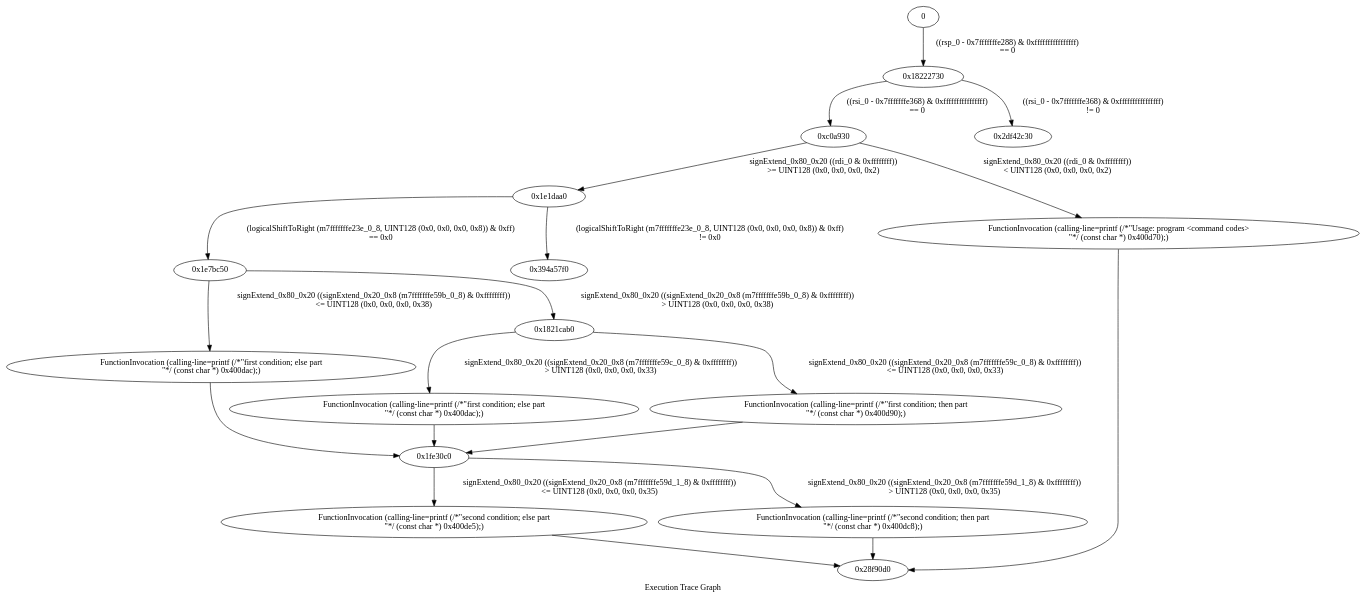
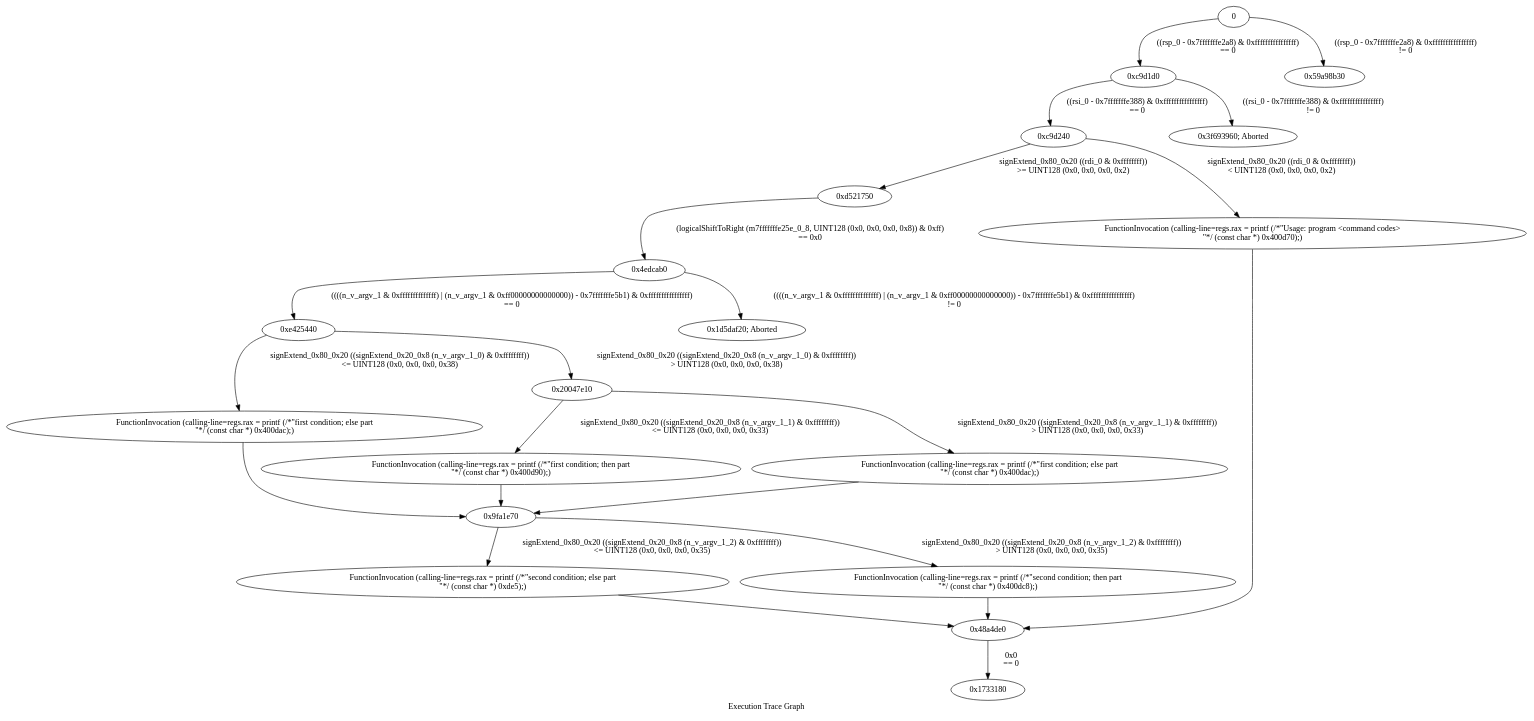
The diagram in cfgs/input1.vo.twin.etg.dot (S4Lab/twinner), drawn with Graphviz before and after one commit. The commit also changed 27 other files, not shown here.

```diff
--- a/cfgs/input1.vo.twin.etg.dot
+++ b/cfgs/input1.vo.twin.etg.dot
@@ -1,52 +1,61 @@
 digraph "Execution Trace Graph" {
 	label="Execution Trace Graph";
 
 	Node0 [label = "0"];
-	Node0xc0a930 [label = "0xc0a930"];
-	Node0x1e1daa0 [label = "0x1e1daa0"];
-	Node0x1e7bc50 [label = "0x1e7bc50"];
-	Node0x1fe30c0 [label = "0x1fe30c0"];
-	Node0x258da40 [label = "FunctionInvocation (calling-line=printf (/*\"second condition; else part\n\"*/ (const char *) 0x400de5);)"];
-	Node0x28f90d0 [label = "0x28f90d0"];
-	Node0x6153a50 [label = "FunctionInvocation (calling-line=printf (/*\"first condition; else part\n\"*/ (const char *) 0x400dac);)"];
-	Node0x61542c0 [label = "FunctionInvocation (calling-line=printf (/*\"second condition; then part\n\"*/ (const char *) 0x400dc8);)"];
-	Node0xa4239c0 [label = "FunctionInvocation (calling-line=printf (/*\"first condition; else part\n\"*/ (const char *) 0x400dac);)"];
-	Node0x1821cab0 [label = "0x1821cab0"];
-	Node0x18222730 [label = "0x18222730"];
-	Node0x279326e0 [label = "FunctionInvocation (calling-line=printf (/*\"first condition; then part\n\"*/ (const char *) 0x400d90);)"];
-	Node0x2df42c30 [label = "0x2df42c30"];
-	Node0x3301f020 [label = "FunctionInvocation (calling-line=printf (/*\"Usage: program <command codes>\n\"*/ (const char *) 0x400d70);)"];
-	Node0x394a57f0 [label = "0x394a57f0"];
-	Node0 -> Node0x18222730 [label = "((rsp_0 - 0x7fffffffe288) & 0xffffffffffffffff)
+	Node0xc9d1d0 [label = "0xc9d1d0"];
+	Node0xc9d240 [label = "0xc9d240"];
+	Node0x1733180 [label = "0x1733180"];
+	Node0x35fb460 [label = "FunctionInvocation (calling-line=regs.rax = printf (/*\"second condition; else part\n\"*/ (const char *) 0xde5);)"];
+	Node0x48a4de0 [label = "0x48a4de0"];
+	Node0x4edcab0 [label = "0x4edcab0"];
+	Node0x997f9d0 [label = "FunctionInvocation (calling-line=regs.rax = printf (/*\"second condition; then part\n\"*/ (const char *) 0x400dc8);)"];
+	Node0x9fa1e70 [label = "0x9fa1e70"];
+	Node0xd521750 [label = "0xd521750"];
+	Node0xe425440 [label = "0xe425440"];
+	Node0x188e3590 [label = "FunctionInvocation (calling-line=regs.rax = printf (/*\"first condition; else part\n\"*/ (const char *) 0x400dac);)"];
+	Node0x1d5daf20 [label = "0x1d5daf20; Aborted"];
+	Node0x20047e10 [label = "0x20047e10"];
+	Node0x3239d4c0 [label = "FunctionInvocation (calling-line=regs.rax = printf (/*\"first condition; then part\n\"*/ (const char *) 0x400d90);)"];
+	Node0x32aa6760 [label = "FunctionInvocation (calling-line=regs.rax = printf (/*\"Usage: program <command codes>\n\"*/ (const char *) 0x400d70);)"];
+	Node0x3f693960 [label = "0x3f693960; Aborted"];
+	Node0x429183e0 [label = "FunctionInvocation (calling-line=regs.rax = printf (/*\"first condition; else part\n\"*/ (const char *) 0x400dac);)"];
+	Node0x59a98b30 [label = "0x59a98b30"];
+	Node0 -> Node0xc9d1d0 [label = "((rsp_0 - 0x7fffffffe2a8) & 0xffffffffffffffff)
 	 == 0"];
-	Node0x18222730 -> Node0xc0a930 [label = "((rsi_0 - 0x7fffffffe368) & 0xffffffffffffffff)
+	Node0 -> Node0x59a98b30 [label = "((rsp_0 - 0x7fffffffe2a8) & 0xffffffffffffffff)
+	 != 0"];
+	Node0xc9d1d0 -> Node0xc9d240 [label = "((rsi_0 - 0x7fffffffe388) & 0xffffffffffffffff)
 	 == 0"];
-	Node0x18222730 -> Node0x2df42c30 [label = "((rsi_0 - 0x7fffffffe368) & 0xffffffffffffffff)
+	Node0xc9d1d0 -> Node0x3f693960 [label = "((rsi_0 - 0x7fffffffe388) & 0xffffffffffffffff)
 	 != 0"];
-	Node0xc0a930 -> Node0x1e1daa0 [label = "signExtend_0x80_0x20 ((rdi_0 & 0xffffffff))
+	Node0xc9d240 -> Node0xd521750 [label = "signExtend_0x80_0x20 ((rdi_0 & 0xffffffff))
 	 >= UINT128 (0x0, 0x0, 0x0, 0x2)"];
-	Node0xc0a930 -> Node0x3301f020 [label = "signExtend_0x80_0x20 ((rdi_0 & 0xffffffff))
+	Node0xc9d240 -> Node0x32aa6760 [label = "signExtend_0x80_0x20 ((rdi_0 & 0xffffffff))
 	 < UINT128 (0x0, 0x0, 0x0, 0x2)"];
-	Node0x3301f020 -> Node0x28f90d0 [label = ""];
-	Node0x1e1daa0 -> Node0x1e7bc50 [label = "(logicalShiftToRight (m7fffffffe23e_0_8, UINT128 (0x0, 0x0, 0x0, 0x8)) & 0xff)
+	Node0x32aa6760 -> Node0x48a4de0 [label = ""];
+	Node0xd521750 -> Node0x4edcab0 [label = "(logicalShiftToRight (m7fffffffe25e_0_8, UINT128 (0x0, 0x0, 0x0, 0x8)) & 0xff)
 	 == 0x0"];
-	Node0x1e1daa0 -> Node0x394a57f0 [label = "(logicalShiftToRight (m7fffffffe23e_0_8, UINT128 (0x0, 0x0, 0x0, 0x8)) & 0xff)
-	 != 0x0"];
-	Node0x1e7bc50 -> Node0x6153a50 [label = "signExtend_0x80_0x20 ((signExtend_0x20_0x8 (m7fffffffe59b_0_8) & 0xffffffff))
+	Node0x48a4de0 -> Node0x1733180 [label = "0x0
+	 == 0"];
+	Node0x4edcab0 -> Node0xe425440 [label = "((((n_v_argv_1 & 0xffffffffffffff) | (n_v_argv_1 & 0xff00000000000000)) - 0x7fffffffe5b1) & 0xffffffffffffffff)
+	 == 0"];
+	Node0x4edcab0 -> Node0x1d5daf20 [label = "((((n_v_argv_1 & 0xffffffffffffff) | (n_v_argv_1 & 0xff00000000000000)) - 0x7fffffffe5b1) & 0xffffffffffffffff)
+	 != 0"];
+	Node0xe425440 -> Node0x188e3590 [label = "signExtend_0x80_0x20 ((signExtend_0x20_0x8 (n_v_argv_1_0) & 0xffffffff))
 	 <= UINT128 (0x0, 0x0, 0x0, 0x38)"];
-	Node0x6153a50 -> Node0x1fe30c0 [label = ""];
-	Node0x1e7bc50 -> Node0x1821cab0 [label = "signExtend_0x80_0x20 ((signExtend_0x20_0x8 (m7fffffffe59b_0_8) & 0xffffffff))
+	Node0x188e3590 -> Node0x9fa1e70 [label = ""];
+	Node0xe425440 -> Node0x20047e10 [label = "signExtend_0x80_0x20 ((signExtend_0x20_0x8 (n_v_argv_1_0) & 0xffffffff))
 	 > UINT128 (0x0, 0x0, 0x0, 0x38)"];
-	Node0x1fe30c0 -> Node0x258da40 [label = "signExtend_0x80_0x20 ((signExtend_0x20_0x8 (m7fffffffe59d_1_8) & 0xffffffff))
+	Node0x9fa1e70 -> Node0x35fb460 [label = "signExtend_0x80_0x20 ((signExtend_0x20_0x8 (n_v_argv_1_2) & 0xffffffff))
 	 <= UINT128 (0x0, 0x0, 0x0, 0x35)"];
-	Node0x258da40 -> Node0x28f90d0 [label = ""];
-	Node0x1fe30c0 -> Node0x61542c0 [label = "signExtend_0x80_0x20 ((signExtend_0x20_0x8 (m7fffffffe59d_1_8) & 0xffffffff))
+	Node0x35fb460 -> Node0x48a4de0 [label = ""];
+	Node0x9fa1e70 -> Node0x997f9d0 [label = "signExtend_0x80_0x20 ((signExtend_0x20_0x8 (n_v_argv_1_2) & 0xffffffff))
 	 > UINT128 (0x0, 0x0, 0x0, 0x35)"];
-	Node0x61542c0 -> Node0x28f90d0 [label = ""];
-	Node0x1821cab0 -> Node0xa4239c0 [label = "signExtend_0x80_0x20 ((signExtend_0x20_0x8 (m7fffffffe59c_0_8) & 0xffffffff))
+	Node0x997f9d0 -> Node0x48a4de0 [label = ""];
+	Node0x20047e10 -> Node0x3239d4c0 [label = "signExtend_0x80_0x20 ((signExtend_0x20_0x8 (n_v_argv_1_1) & 0xffffffff))
+	 <= UINT128 (0x0, 0x0, 0x0, 0x33)"];
+	Node0x3239d4c0 -> Node0x9fa1e70 [label = ""];
+	Node0x20047e10 -> Node0x429183e0 [label = "signExtend_0x80_0x20 ((signExtend_0x20_0x8 (n_v_argv_1_1) & 0xffffffff))
 	 > UINT128 (0x0, 0x0, 0x0, 0x33)"];
-	Node0xa4239c0 -> Node0x1fe30c0 [label = ""];
-	Node0x1821cab0 -> Node0x279326e0 [label = "signExtend_0x80_0x20 ((signExtend_0x20_0x8 (m7fffffffe59c_0_8) & 0xffffffff))
-	 <= UINT128 (0x0, 0x0, 0x0, 0x33)"];
-	Node0x279326e0 -> Node0x1fe30c0 [label = ""];
+	Node0x429183e0 -> Node0x9fa1e70 [label = ""];
 }
```
